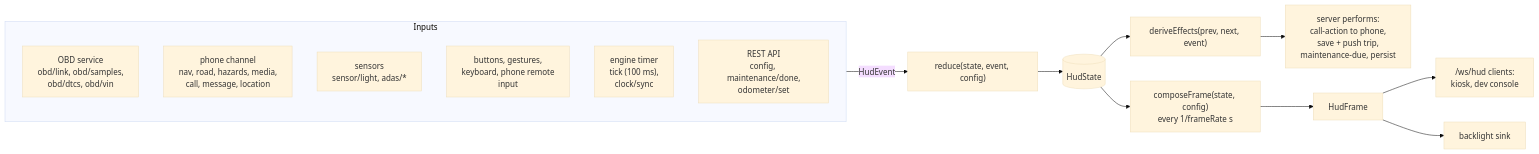
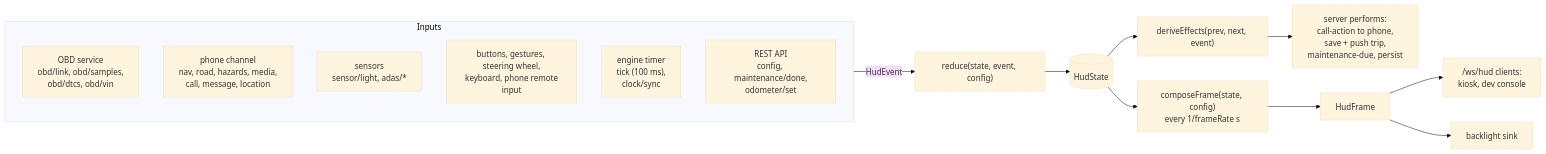
Before and after one commit to Platteration/carheadsup: the diagram in docs/architecture.md, drawn with Mermaid (base theme). The commit also changed other lines of this file and 64 other files, not shown here.

First line of the commit message:
Add a browser-only drive simulator and steering-wheel button inputs

````diff
--- a/docs/architecture.md
+++ b/docs/architecture.md
@@ -38,19 +38,19 @@
 ```mermaid
 flowchart LR
   subgraph sources["Inputs"]
     obd["OBD service<br/>obd/link, obd/samples,<br/>obd/dtcs, obd/vin"]
     phone["phone channel<br/>nav, road, hazards, media,<br/>call, message, location"]
     sensors["sensors<br/>sensor/light, adas/*"]
-    input["buttons, gestures,<br/>keyboard, phone remote<br/>input"]
+    input["buttons, gestures, steering wheel,<br/>keyboard, phone remote<br/>input"]
     clock["engine timer<br/>tick (100 ms),<br/>clock/sync"]
     api["REST API<br/>config, maintenance/done,<br/>odometer/set"]
   end
   sources -->|"HudEvent"| reduce["reduce(state, event, config)"]
   reduce --> state[("HudState")]
   state --> effects["deriveEffects(prev, next, event)"]
   effects --> perform["server performs:<br/>call-action to phone,<br/>save + push trip,<br/>maintenance-due, persist"]
   state --> compose["composeFrame(state, config)<br/>every 1/frameRate s"]
   compose --> frame["HudFrame"]
   frame --> ws["/ws/hud clients:<br/>kiosk, dev console"]
   frame --> backlight["backlight sink"]
 ```
````
